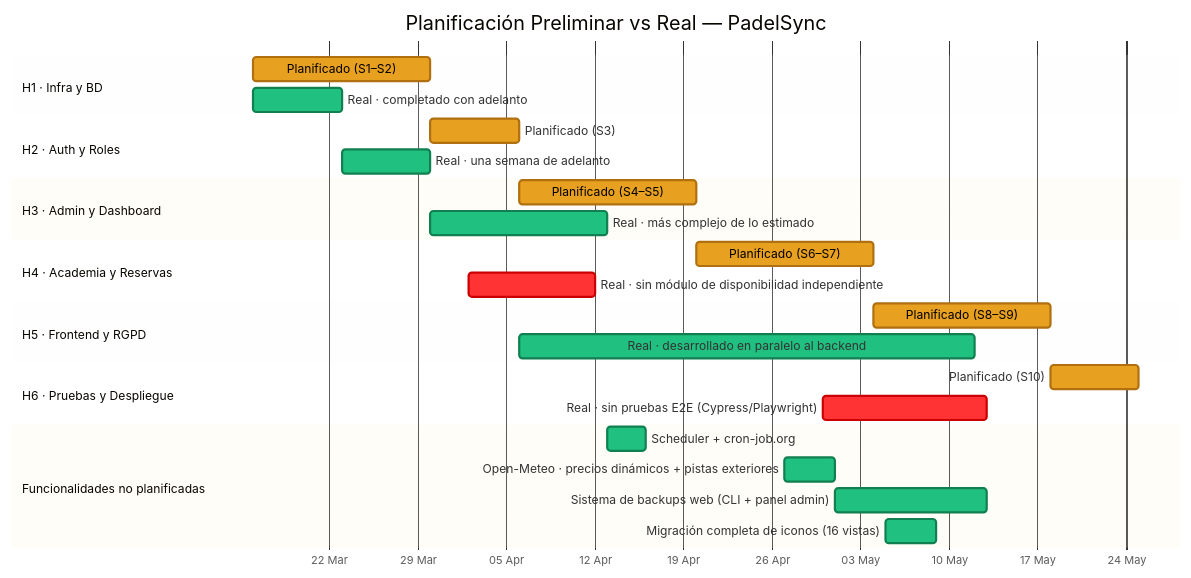
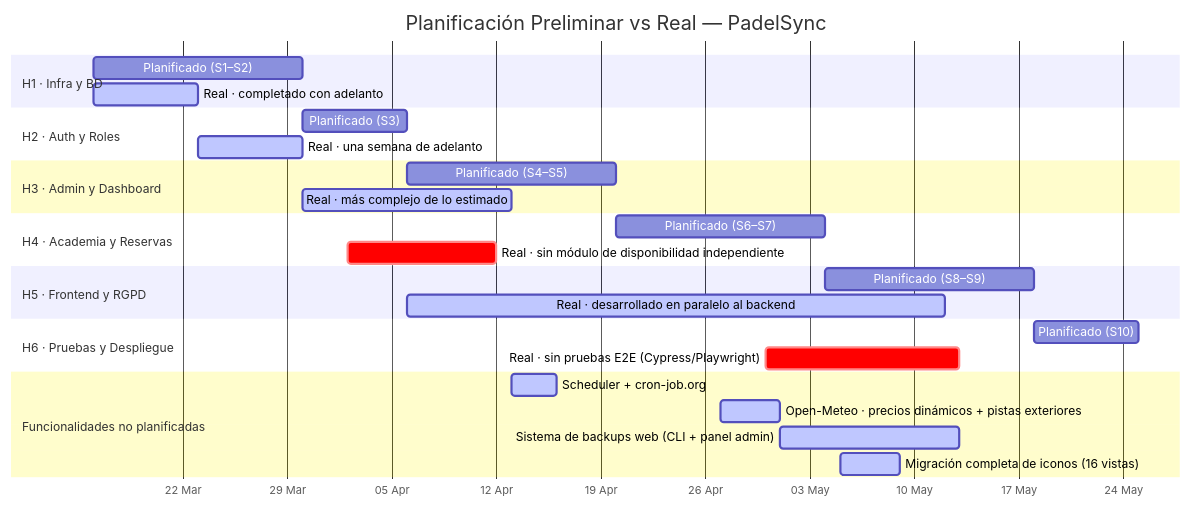
The second of 2 diagrams in docs/PLANIFICACION_REAL.md (pabloiglepe/Prueba1---TFG), drawn with Mermaid before and after one commit.

Commit message:
Actualizar documentación

````diff
--- a/docs/PLANIFICACION_REAL.md
+++ b/docs/PLANIFICACION_REAL.md
@@ -75,37 +75,37 @@
 ```mermaid
-%%{init: {'theme': 'base', 'gantt': {'leftPadding': 220, 'barHeight': 22, 'barGap': 6}, 'themeVariables': {'taskBkgColor': '#e8a020', 'taskBorderColor': '#b07010', 'taskTextColor': '#000000', 'activeTaskBkgColor': '#20c080', 'activeTaskBorderColor': '#108050', 'activeTaskTextColor': '#000000', 'critBkgColor': '#ff3333', 'critBorderColor': '#cc0000', 'todayLineColor': '#ffffff'}}}%%
+%%{init: {'theme': 'base', 'gantt': {'leftPadding': 220, 'barHeight': 22, 'barGap': 6, 'fontSize': 13}, 'themeVariables': {'fontFamily': '"Arial Black", sans-serif', 'taskBkgColor': '#e8a020', 'taskBorderColor': '#b07010', 'taskTextColor': '#000000', 'taskTextOutsideColor': '#000000', 'taskTextLightColor': '#000000', 'taskTextDarkColor': '#000000', 'activeTaskBkgColor': '#20c080', 'activeTaskBorderColor': '#108050', 'critBkgColor': '#ff3333', 'critBorderColor': '#cc0000', 'todayLineColor': '#ffffff'}}}%%
 gantt
     title Planificación Preliminar vs Real — PadelSync
     dateFormat  YYYY-MM-DD
     axisFormat  %d %b
 
     section H1 · Infra y BD
     Planificado (S1–S2)                                :p1, 2026-03-16, 14d
     Real · completado con adelanto                     :active, r1, 2026-03-16, 7d
 
     section H2 · Auth y Roles
     Planificado (S3)                                   :p2, 2026-03-30, 7d
     Real · una semana de adelanto                      :active, r2, 2026-03-23, 7d
 
     section H3 · Admin y Dashboard
     Planificado (S4–S5)                                :p3, 2026-04-06, 14d
     Real · más complejo de lo estimado                 :active, r3, 2026-03-30, 14d
 
     section H4 · Academia y Reservas
     Planificado (S6–S7)                                :p4, 2026-04-20, 14d
     Real · sin módulo de disponibilidad independiente  :crit, r4, 2026-04-02, 10d
 
     section H5 · Frontend y RGPD
     Planificado (S8–S9)                                :p5, 2026-05-04, 14d
     Real · desarrollado en paralelo al backend         :active, r5, 2026-04-06, 36d
 
     section H6 · Pruebas y Despliegue
     Planificado (S10)                                  :p6, 2026-05-18, 7d
     Real · sin pruebas E2E (Cypress/Playwright)        :crit, r6, 2026-04-30, 13d
 
     section Funcionalidades no planificadas
     Scheduler + cron-job.org                           :active, np1, 2026-04-13, 3d
     Open-Meteo · precios dinámicos + pistas exteriores :active, np2, 2026-04-27, 4d
     Sistema de backups web (CLI + panel admin)         :active, np3, 2026-05-01, 12d
     Migración completa de iconos (16 vistas)           :active, np4, 2026-05-05, 4d
 ```
````
